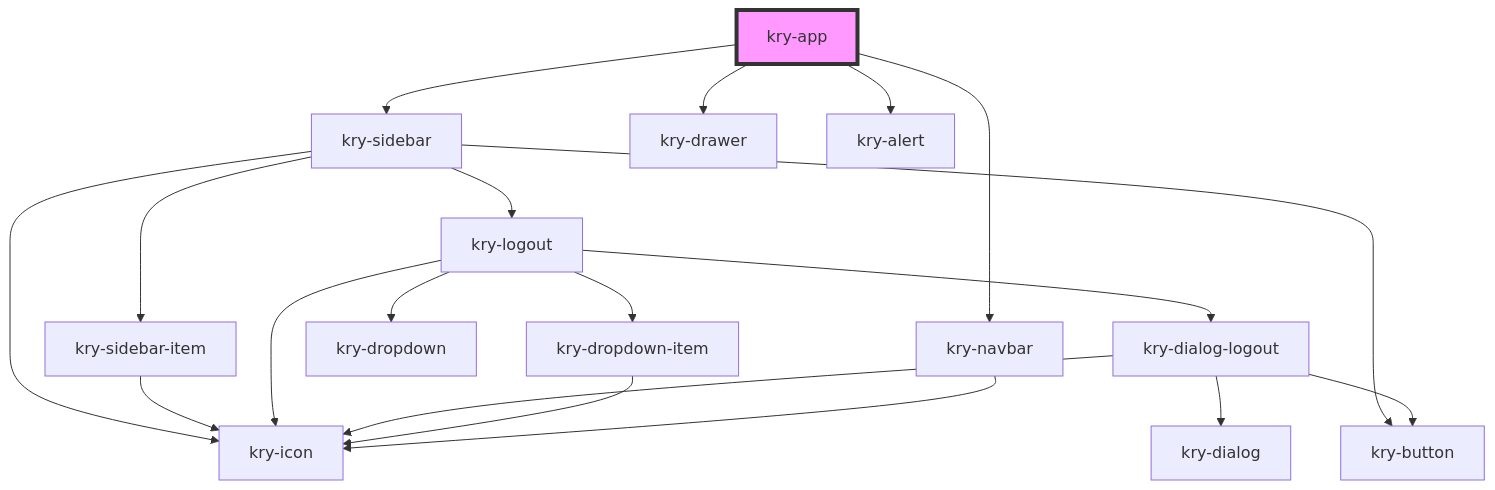
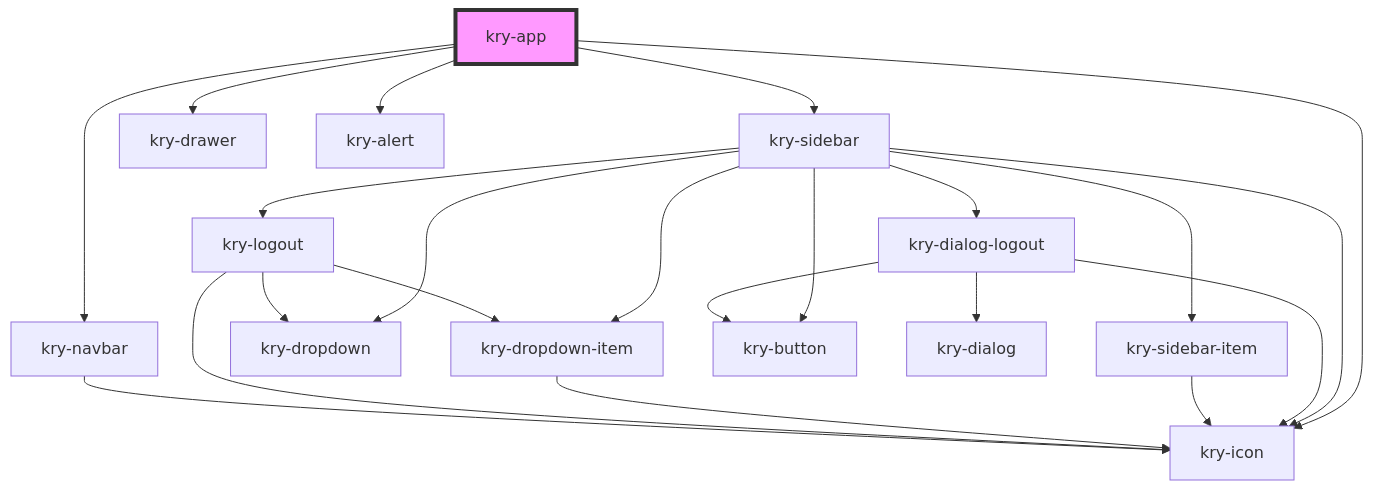
Before and after one commit to nathan2slime/spacekrypton-legacy: the diagram in libs/core/src/workspaces/app/readme.md, drawn with Mermaid. The commit also changed other lines of this file and 57 other files, not shown here.

````diff
--- a/libs/core/src/workspaces/app/readme.md
+++ b/libs/core/src/workspaces/app/readme.md
@@ -38,22 +39,25 @@
 ```mermaid
 graph TD;
   kry-app --> kry-sidebar
+  kry-app --> kry-icon
   kry-app --> kry-drawer
   kry-app --> kry-navbar
   kry-app --> kry-alert
+  kry-sidebar --> kry-dialog-logout
   kry-sidebar --> kry-icon
   kry-sidebar --> kry-sidebar-item
+  kry-sidebar --> kry-dropdown
+  kry-sidebar --> kry-dropdown-item
   kry-sidebar --> kry-logout
   kry-sidebar --> kry-button
+  kry-dialog-logout --> kry-dialog
+  kry-dialog-logout --> kry-icon
+  kry-dialog-logout --> kry-button
   kry-sidebar-item --> kry-icon
-  kry-logout --> kry-dialog-logout
+  kry-dropdown-item --> kry-icon
   kry-logout --> kry-dropdown
   kry-logout --> kry-dropdown-item
   kry-logout --> kry-icon
-  kry-dialog-logout --> kry-dialog
-  kry-dialog-logout --> kry-icon
-  kry-dialog-logout --> kry-button
-  kry-dropdown-item --> kry-icon
   kry-navbar --> kry-icon
   style kry-app fill:#f9f,stroke:#333,stroke-width:4px
 ```
````
